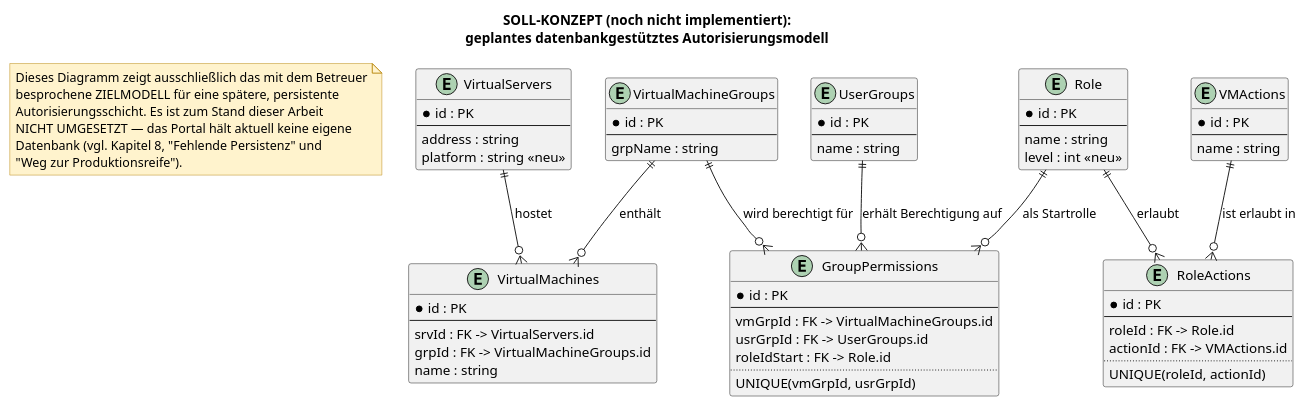
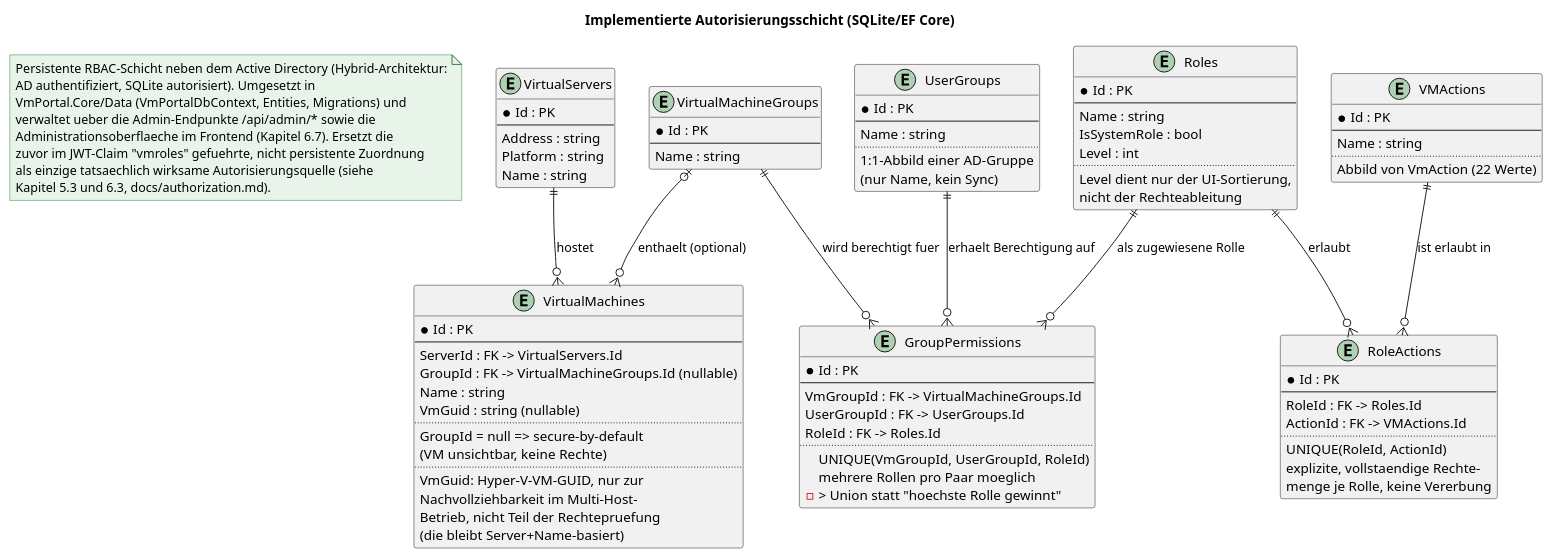
Before and after one commit to mikaildhbw/vm-portal: the diagram in thesis/diagrams/er_diagramm_autorisierung.puml, drawn with PlantUML. The commit also changed 6 other files, not shown here.

```diff
--- a/thesis/diagrams/er_diagramm_autorisierung.puml
+++ b/thesis/diagrams/er_diagramm_autorisierung.puml
@@ -1,92 +1,117 @@
 @startuml er_diagramm_autorisierung
-title SOLL-KONZEPT (noch nicht implementiert):\ngeplantes datenbankgestütztes Autorisierungsmodell
+title Implementierte Autorisierungsschicht (SQLite/EF Core)
 
 skinparam backgroundColor white
 skinparam entity {
-  BackgroundColor #FFF3CD
-  BorderColor #B8860B
+  BackgroundColor #E8F4EA
+  BorderColor #2E7D32
 }
 skinparam note {
-  BackgroundColor #FFF3CD
-  BorderColor #B8860B
+  BackgroundColor #E8F4EA
+  BorderColor #2E7D32
 }
 
 note as N1
-  Dieses Diagramm zeigt ausschließlich das mit dem Betreuer
-  besprochene ZIELMODELL für eine spätere, persistente
-  Autorisierungsschicht. Es ist zum Stand dieser Arbeit
-  NICHT UMGESETZT — das Portal hält aktuell keine eigene
-  Datenbank (vgl. Kapitel 8, "Fehlende Persistenz" und
-  "Weg zur Produktionsreife").
+  Persistente RBAC-Schicht neben dem Active Directory (Hybrid-Architektur:
+  AD authentifiziert, SQLite autorisiert). Umgesetzt in
+  VmPortal.Core/Data (VmPortalDbContext, Entities, Migrations) und
+  verwaltet ueber die Admin-Endpunkte /api/admin/* sowie die
+  Administrationsoberflaeche im Frontend (Kapitel 6.7). Ersetzt die
+  zuvor im JWT-Claim "vmroles" gefuehrte, nicht persistente Zuordnung
+  als einzige tatsaechlich wirksame Autorisierungsquelle (siehe
+  Kapitel 5.3 und 6.3, docs/authorization.md).
 end note
 
 entity "VirtualServers" as VirtualServers {
-  * id : PK
+  * Id : PK
   --
-  address : string
-  platform : string <<neu>>
+  Address : string
+  Platform : string
+  Name : string
 }
 
 entity "VirtualMachines" as VirtualMachines {
-  * id : PK
+  * Id : PK
   --
-  srvId : FK -> VirtualServers.id
-  grpId : FK -> VirtualMachineGroups.id
-  name : string
+  ServerId : FK -> VirtualServers.Id
+  GroupId : FK -> VirtualMachineGroups.Id (nullable)
+  Name : string
+  VmGuid : string (nullable)
+  ..
+  GroupId = null => secure-by-default
+  (VM unsichtbar, keine Rechte)
+  ..
+  VmGuid: Hyper-V-VM-GUID, nur zur
+  Nachvollziehbarkeit im Multi-Host-
+  Betrieb, nicht Teil der Rechtepruefung
+  (die bleibt Server+Name-basiert)
 }
 
 entity "VirtualMachineGroups" as VirtualMachineGroups {
-  * id : PK
+  * Id : PK
   --
-  grpName : string
+  Name : string
 }
 
 entity "UserGroups" as UserGroups {
-  * id : PK
+  * Id : PK
   --
-  name : string
+  Name : string
+  ..
+  1:1-Abbild einer AD-Gruppe
+  (nur Name, kein Sync)
 }
 
-entity "Role" as Role {
-  * id : PK
+entity "Roles" as Roles {
+  * Id : PK
   --
-  name : string
-  level : int <<neu>>
+  Name : string
+  IsSystemRole : bool
+  Level : int
+  ..
+  Level dient nur der UI-Sortierung,
+  nicht der Rechteableitung
 }
 
 entity "VMActions" as VMActions {
-  * id : PK
+  * Id : PK
   --
-  name : string
+  Name : string
+  ..
+  Abbild von VmAction (22 Werte)
 }
 
 entity "RoleActions" as RoleActions {
-  * id : PK
+  * Id : PK
   --
-  roleId : FK -> Role.id
-  actionId : FK -> VMActions.id
+  RoleId : FK -> Roles.Id
+  ActionId : FK -> VMActions.Id
   ..
-  UNIQUE(roleId, actionId)
+  UNIQUE(RoleId, ActionId)
+  explizite, vollstaendige Rechte-
+  menge je Rolle, keine Vererbung
 }
 
 entity "GroupPermissions" as GroupPermissions {
-  * id : PK
+  * Id : PK
   --
-  vmGrpId : FK -> VirtualMachineGroups.id
-  usrGrpId : FK -> UserGroups.id
-  roleIdStart : FK -> Role.id
+  VmGroupId : FK -> VirtualMachineGroups.Id
+  UserGroupId : FK -> UserGroups.Id
+  RoleId : FK -> Roles.Id
   ..
-  UNIQUE(vmGrpId, usrGrpId)
+  UNIQUE(VmGroupId, UserGroupId, RoleId)
+  mehrere Rollen pro Paar moeglich
+  -> Union statt "hoechste Rolle gewinnt"
 }
 
 VirtualServers ||--o{ VirtualMachines : "hostet"
-VirtualMachineGroups ||--o{ VirtualMachines : "enthält"
+VirtualMachineGroups |o--o{ VirtualMachines : "enthaelt (optional)"
 
-Role ||--o{ RoleActions : "erlaubt"
+Roles ||--o{ RoleActions : "erlaubt"
 VMActions ||--o{ RoleActions : "ist erlaubt in"
 
-VirtualMachineGroups ||--o{ GroupPermissions : "wird berechtigt für"
-UserGroups ||--o{ GroupPermissions : "erhält Berechtigung auf"
-Role ||--o{ GroupPermissions : "als Startrolle"
+VirtualMachineGroups ||--o{ GroupPermissions : "wird berechtigt fuer"
+UserGroups ||--o{ GroupPermissions : "erhaelt Berechtigung auf"
+Roles ||--o{ GroupPermissions : "als zugewiesene Rolle"
 
 @enduml
```
